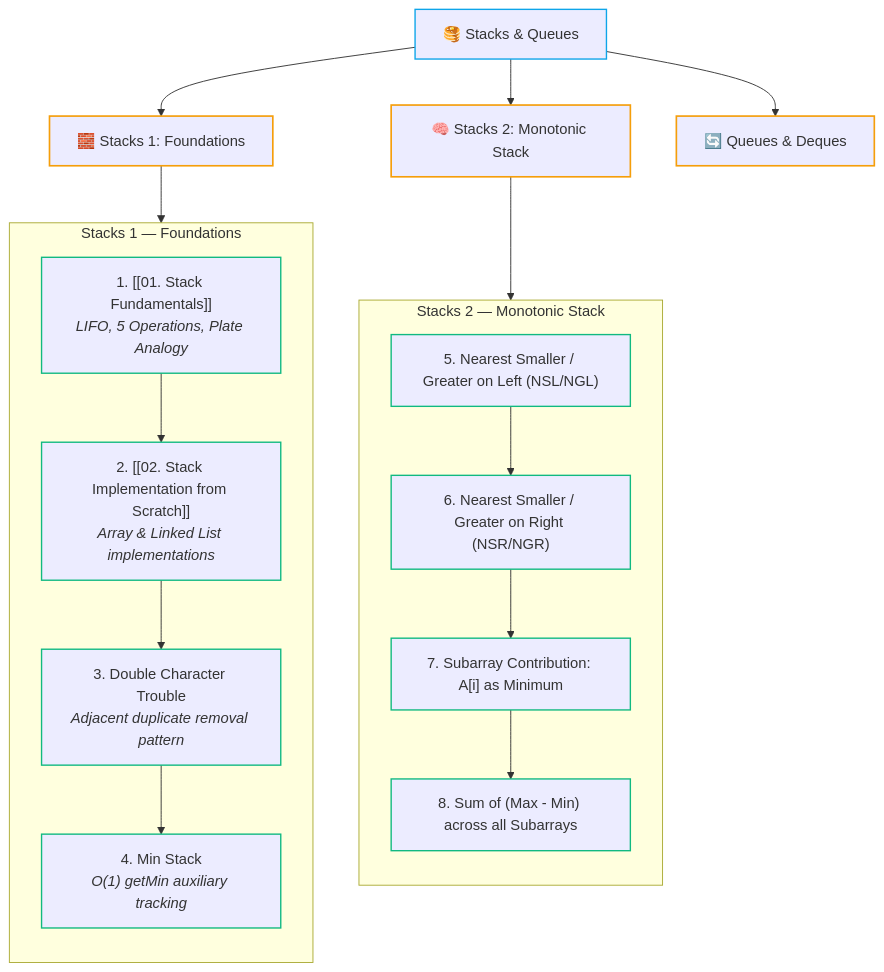
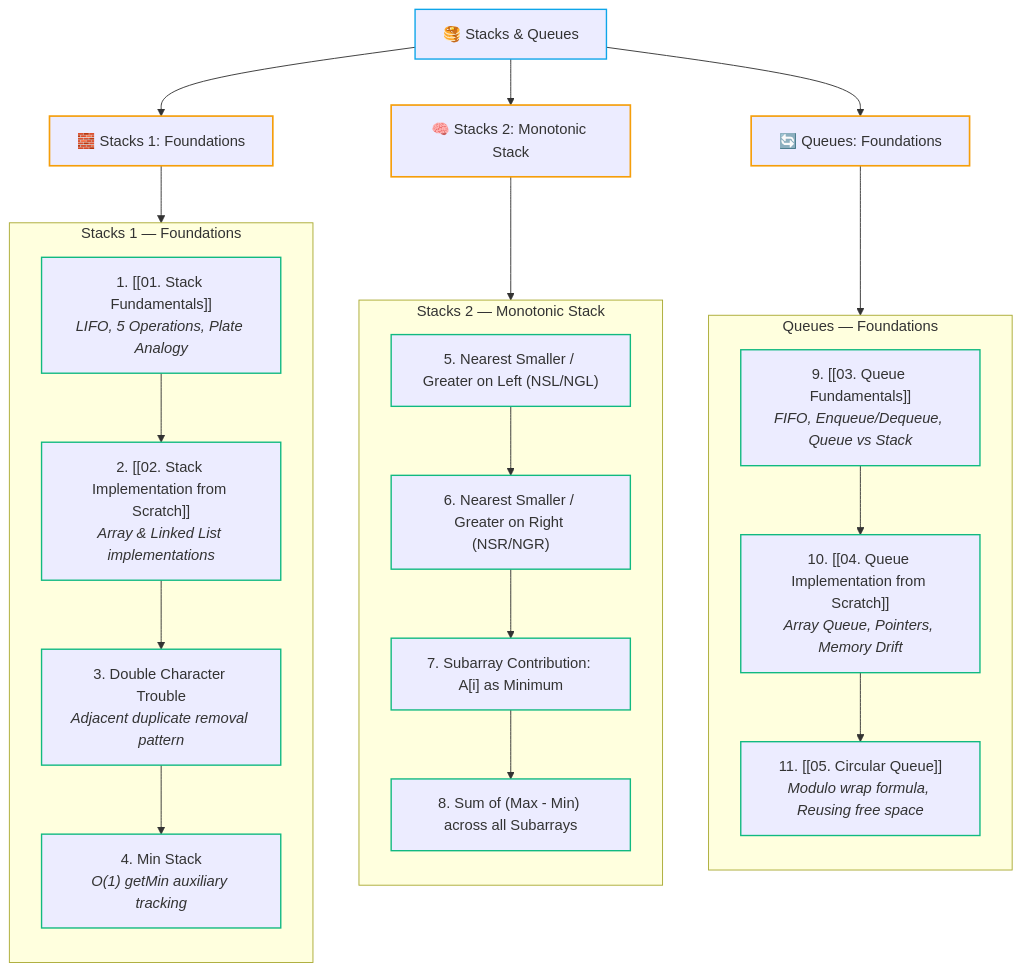
The diagram in CS/DSA/06. Stacks & Queues/00. Stacks & Queues Core.md (abhinavbharti2345/CS_Notes), drawn with Mermaid before and after one commit. The commit also changed other lines of this file and 5 other files, not shown here.

Commit message:
feat: add stack and queue fundamentals and implementation notes

````diff
--- a/CS/DSA/06. Stacks & Queues/00. Stacks & Queues Core.md
+++ b/CS/DSA/06. Stacks & Queues/00. Stacks & Queues Core.md
@@ -23,34 +23,43 @@
 ```mermaid
 flowchart TD
     SQ["🥞 Stacks & Queues"] --> S1["🧱 Stacks 1: Foundations"]
     SQ --> S2["🧠 Stacks 2: Monotonic Stack"]
-    SQ --> Q["🔄 Queues & Deques"]
+    SQ --> Q1["🔄 Queues: Foundations"]
 
     subgraph S1_Flow ["Stacks 1 — Foundations"]
         direction TB
         F1["1. [[01. Stack Fundamentals]]<br/><i>LIFO, 5 Operations, Plate Analogy</i>"]
         F2["2. [[02. Stack Implementation from Scratch]]<br/><i>Array & Linked List implementations</i>"]
         F3["3. Double Character Trouble<br/><i>Adjacent duplicate removal pattern</i>"]
         F4["4. Min Stack<br/><i>O(1) getMin auxiliary tracking</i>"]
         F1 --> F2 --> F3 --> F4
     end
 
     subgraph S2_Flow ["Stacks 2 — Monotonic Stack"]
         direction TB
         M1["5. Nearest Smaller / Greater on Left (NSL/NGL)"]
         M2["6. Nearest Smaller / Greater on Right (NSR/NGR)"]
         M3["7. Subarray Contribution: A[i] as Minimum"]
         M4["8. Sum of (Max - Min) across all Subarrays"]
         M1 --> M2 --> M3 --> M4
     end
 
+    subgraph Q1_Flow ["Queues — Foundations"]
+        direction TB
+        QF1["9. [[03. Queue Fundamentals]]<br/><i>FIFO, Enqueue/Dequeue, Queue vs Stack</i>"]
+        QF2["10. [[04. Queue Implementation from Scratch]]<br/><i>Array Queue, Pointers, Memory Drift</i>"]
+        QF3["11. [[05. Circular Queue]]<br/><i>Modulo wrap formula, Reusing free space</i>"]
+        QF1 --> QF2 --> QF3
+    end
+
     S1 --> S1_Flow
     S2 --> S2_Flow
+    Q1 --> Q1_Flow
 
     classDef core stroke:#0ea5e9,stroke-width:1.5px;
     classDef section stroke:#f59e0b,stroke-width:1.8px;
     classDef step stroke:#10b981,stroke-width:1.5px;
     class SQ core;
-    class S1,S2,Q section;
-    class F1,F2,F3,F4,M1,M2,M3,M4 step;
+    class S1,S2,Q1 section;
+    class F1,F2,F3,F4,M1,M2,M3,M4,QF1,QF2,QF3 step;
 ```
````
